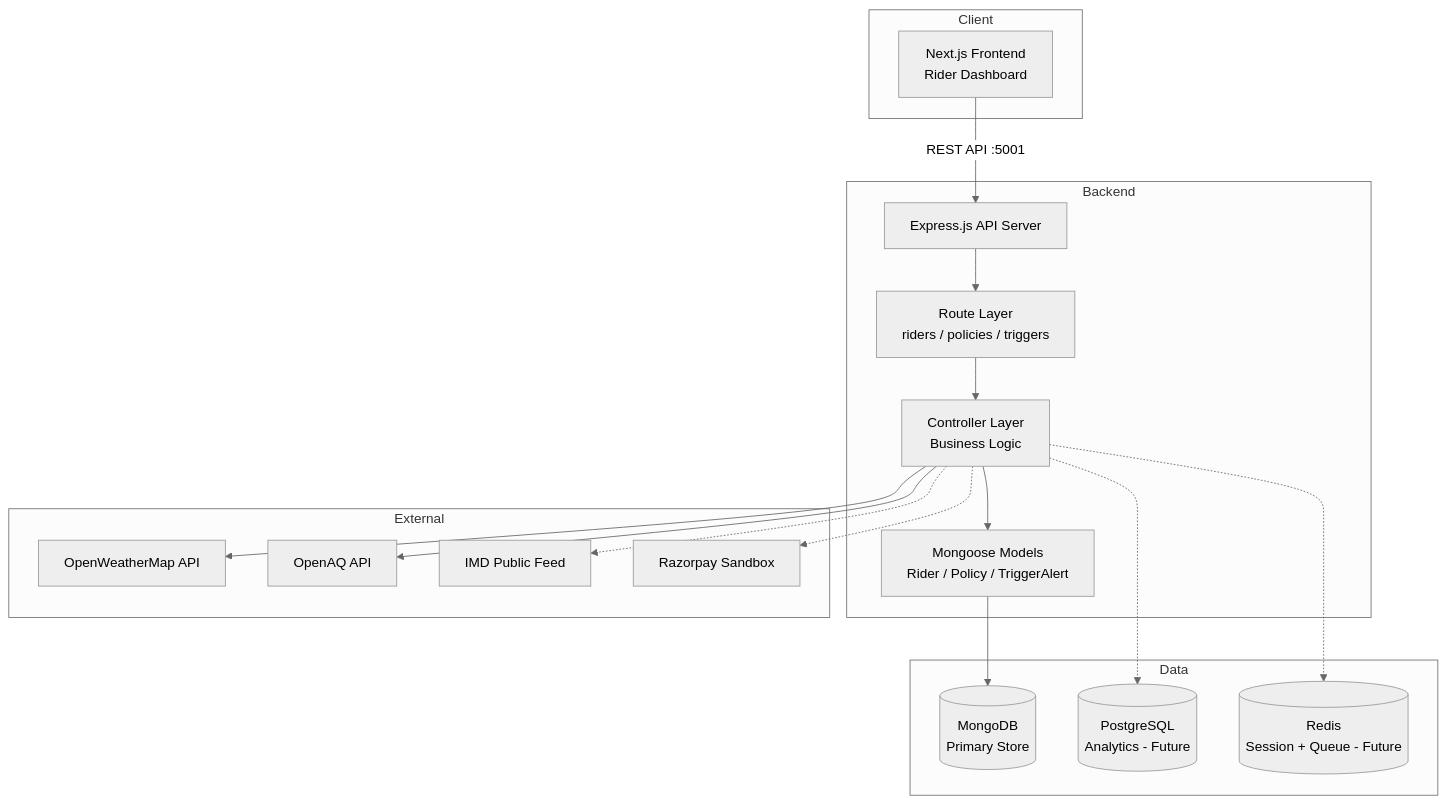
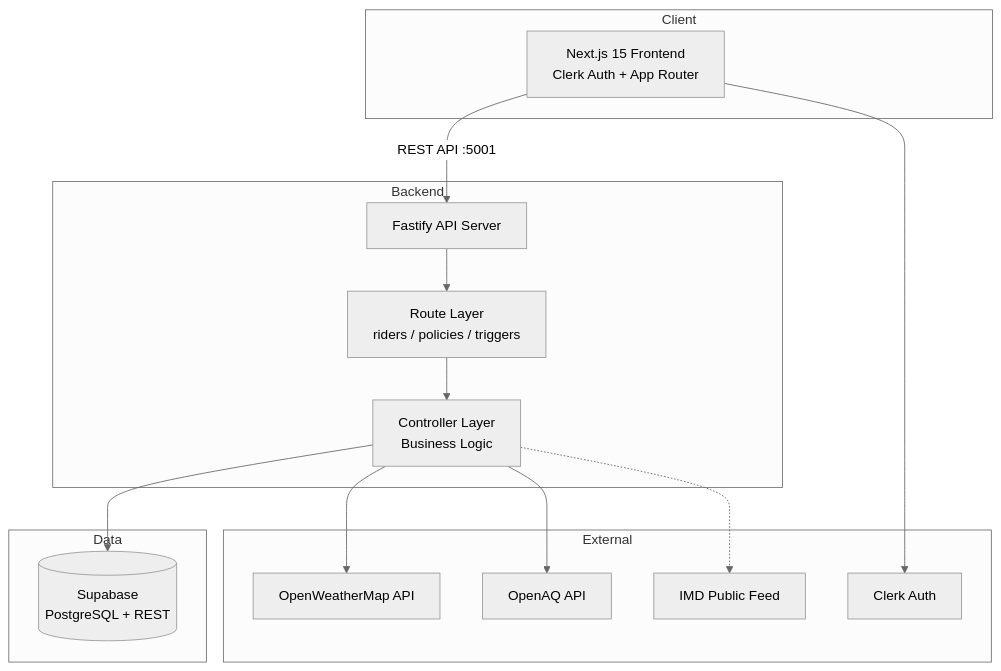
One commit to RainboeStrykr/guidewire-devtrails-gigshield changed the first of 3 diagrams in docs/architecture.md. Above: the diagram before and after it, drawn with Mermaid (neutral theme). The commit also changed other lines of this file and 3 other files, not shown here.

Commit message:
fix: pass Clerk key as Docker build arg, use SUPABASE_ANON_KEY, update architecture docs

````diff
--- a/docs/architecture.md
+++ b/docs/architecture.md
@@ -7,36 +7,31 @@
 ```mermaid
 graph TB
     subgraph Client
-        A[Next.js Frontend<br/>Rider Dashboard]
+        A["Next.js 15 Frontend<br/>Clerk Auth + App Router"]
     end
 
     subgraph Backend
-        B[Express.js API Server]
-        C[Route Layer<br/>riders / policies / triggers]
-        D[Controller Layer<br/>Business Logic]
-        E[Mongoose Models<br/>Rider / Policy / TriggerAlert]
+        B["Fastify API Server"]
+        C["Route Layer<br/>riders / policies / triggers"]
+        D["Controller Layer<br/>Business Logic"]
     end
 
     subgraph Data
-        F[(MongoDB<br/>Primary Store)]
-        G[(PostgreSQL<br/>Analytics - Future)]
-        H[(Redis<br/>Session + Queue - Future)]
+        E[("Supabase<br/>PostgreSQL + REST")]
     end
 
     subgraph External
-        I[OpenWeatherMap API]
-        J[OpenAQ API]
-        K[IMD Public Feed]
-        L[Razorpay Sandbox]
+        F["OpenWeatherMap API"]
+        G["OpenAQ API"]
+        H["IMD Public Feed"]
+        I["Clerk Auth"]
     end
 
     A -- REST API :5001 --> B
-    B --> C --> D --> E
-    E --> F
-    D -.-> G
+    B --> C --> D
+    D --> E
+    D --> F
+    D --> G
     D -.-> H
-    D --> I
-    D --> J
-    D -.-> K
-    D -.-> L
+    A --> I
 ```
````
